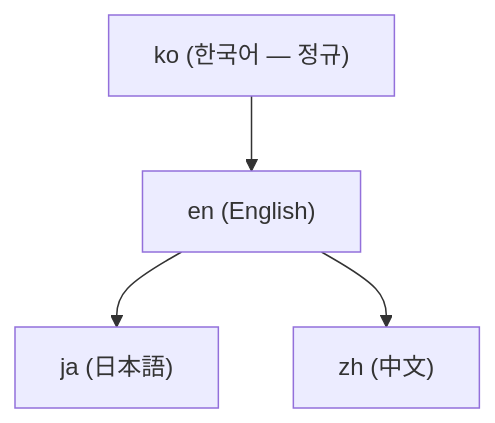
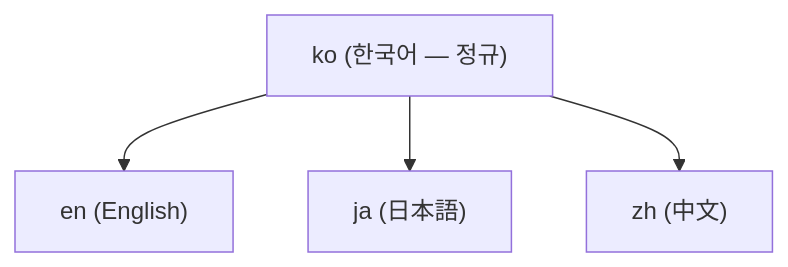
The diagram in docs-site/content/ko/resources/i18n-docs.md (modu-ai/moai-adk), drawn with Mermaid before and after one commit. The commit also changed other lines of this file and 11 other files, not shown here.

````diff
--- a/docs-site/content/ko/resources/i18n-docs.md
+++ b/docs-site/content/ko/resources/i18n-docs.md
@@ -27,6 +27,6 @@
 ```mermaid
 flowchart TD
     A["ko (한국어 — 정규)"] --> B["en (English)"]
-    B --> C["ja (日本語)"]
-    B --> D["zh (中文)"]
+    A --> C["ja (日本語)"]
+    A --> D["zh (中文)"]
 ```
````
